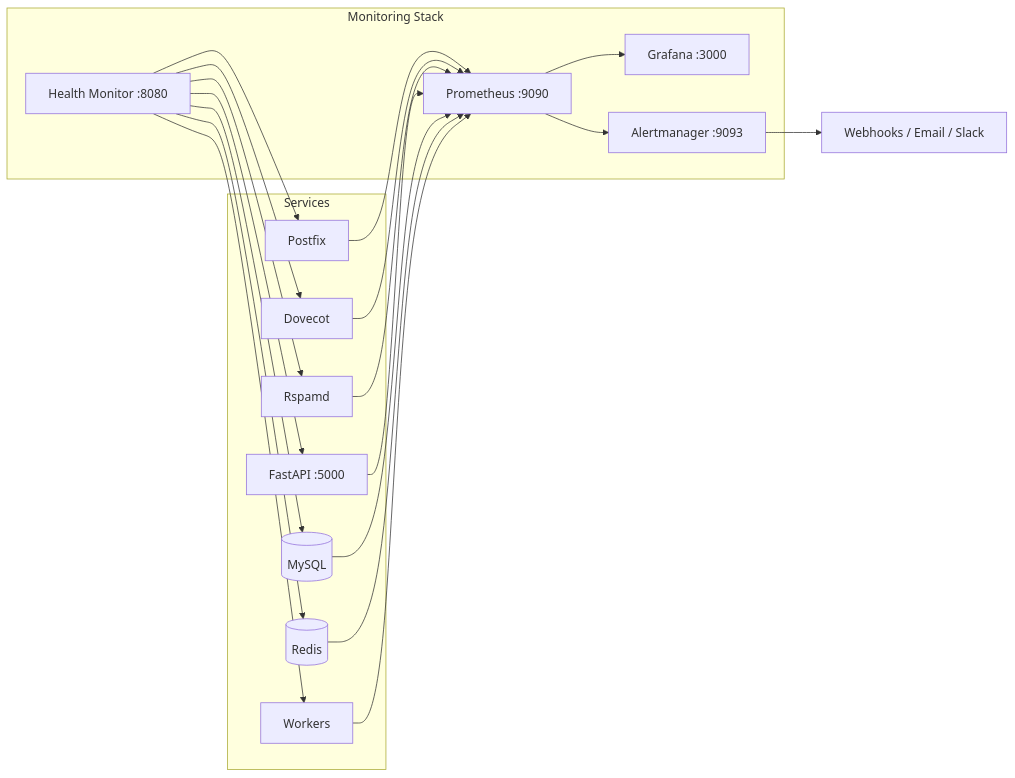
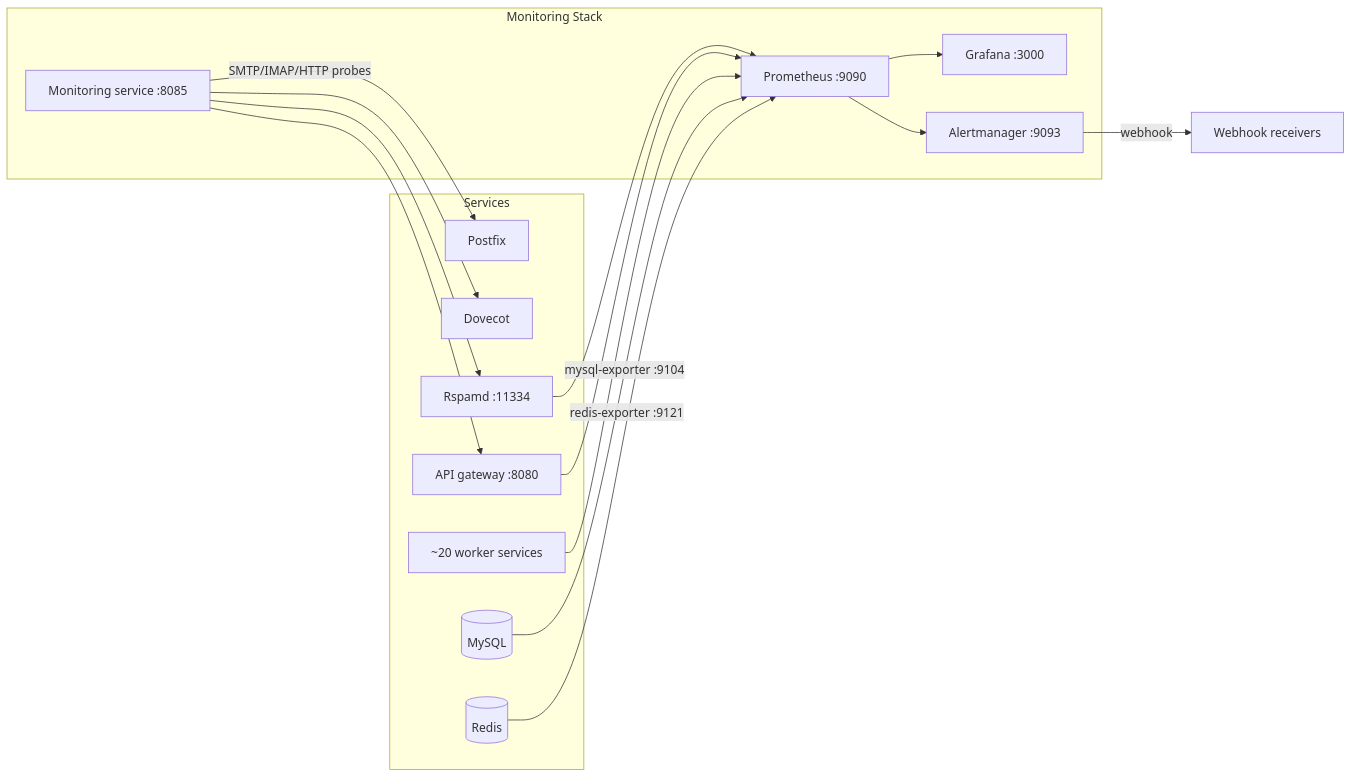
One commit to Techies-Africa/mailyte-mail-server-community changed the diagram in docs/monitoring/index.md. Above: the diagram before and after it, drawn with Mermaid. The commit also changed other lines of this file and 481 other files, not shown here.

````diff
--- a/docs/monitoring/index.md
+++ b/docs/monitoring/index.md
@@ -16,39 +16,34 @@
 ```mermaid
 graph LR
     subgraph Services
         PF[Postfix]
         DV[Dovecot]
-        RS[Rspamd]
-        API[FastAPI :5000]
+        RS[Rspamd :11334]
+        API[API gateway :8080]
         DB[(MySQL)]
         RD[(Redis)]
-        WK[Workers]
+        WK[~20 worker services]
     end
 
     subgraph Monitoring Stack
-        HM[Health Monitor :8080]
+        MON[Monitoring service :8085]
         PR[Prometheus :9090]
         GR[Grafana :3000]
         AM[Alertmanager :9093]
     end
 
-    PF --> PR
-    DV --> PR
     RS --> PR
     API --> PR
-    DB --> PR
-    RD --> PR
     WK --> PR
+    DB -->|mysql-exporter :9104| PR
+    RD -->|redis-exporter :9121| PR
 
-    HM --> PF
-    HM --> DV
-    HM --> RS
-    HM --> API
-    HM --> DB
-    HM --> RD
-    HM --> WK
+    MON -->|SMTP/IMAP/HTTP probes| PF
+    MON --> DV
+    MON --> RS
+    MON --> API
 
     PR --> GR
     PR --> AM
-    AM --> WH[Webhooks / Email / Slack]
+    AM -->|webhook| WH[Webhook receivers]
 ```
````
